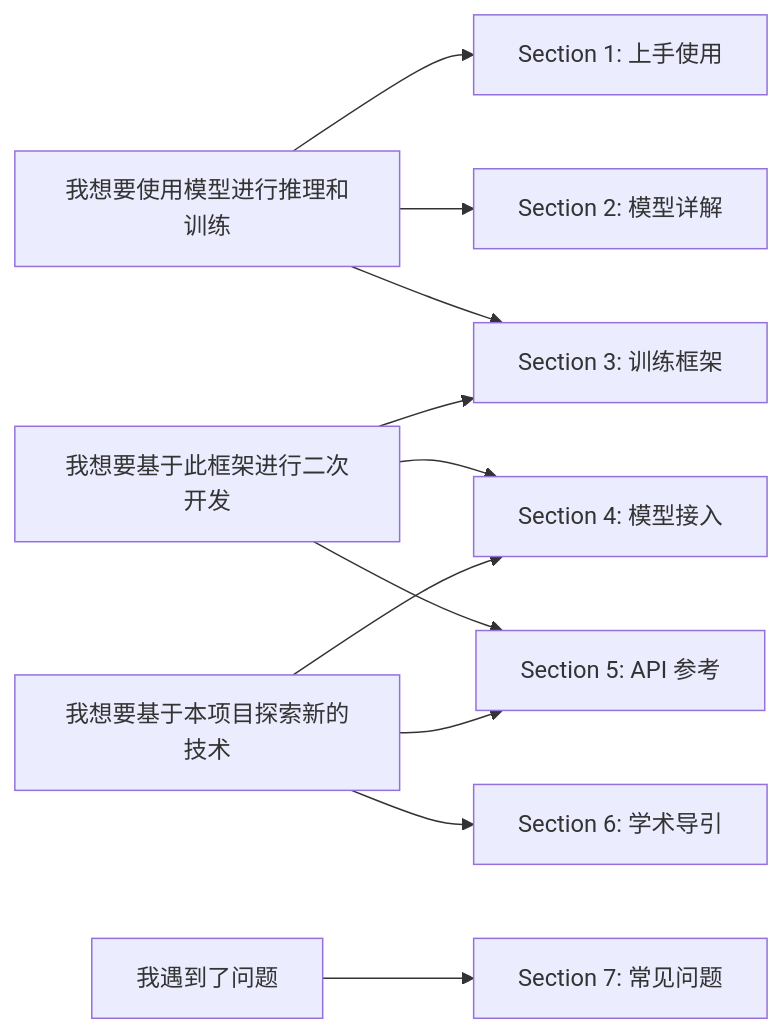
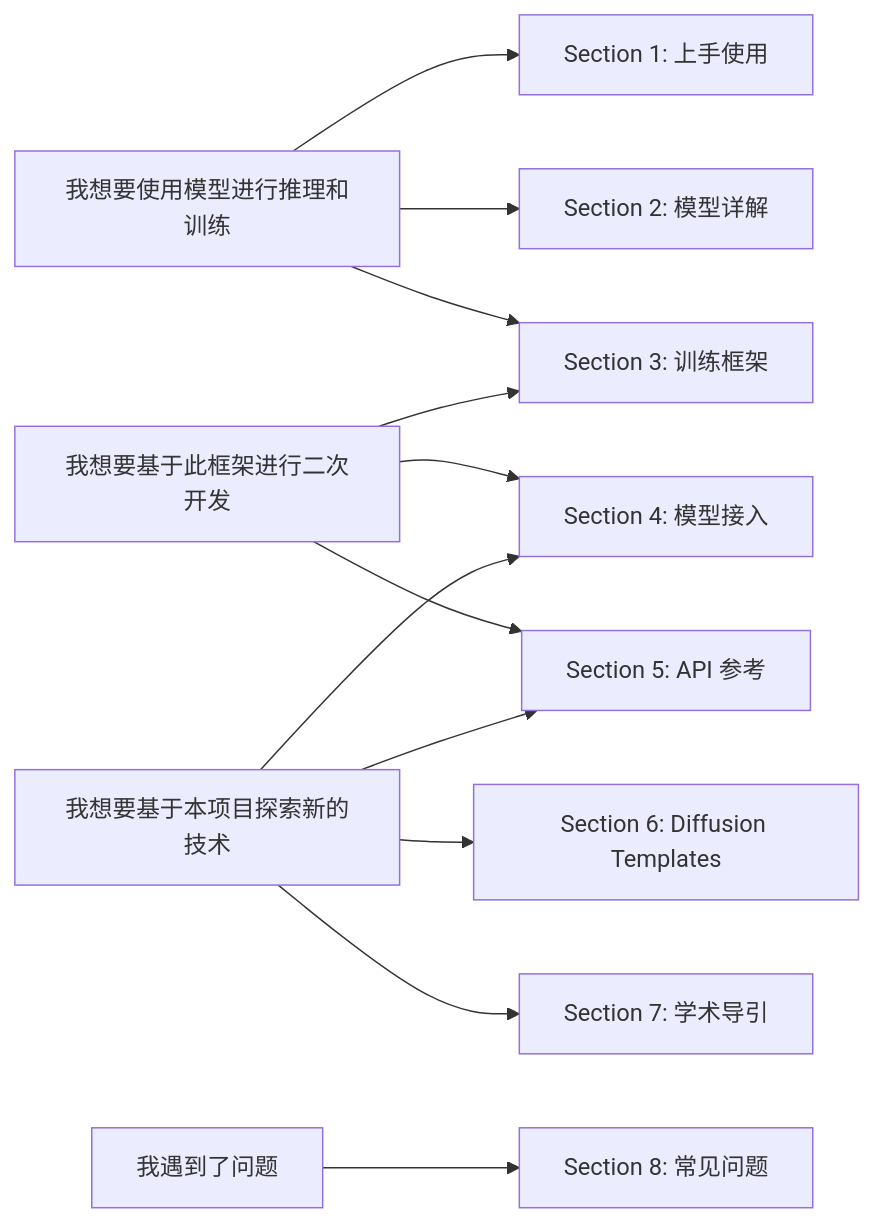
One commit to modelscope/DiffSynth-Studio changed the diagram in docs/zh/README.md. Above: the diagram before and after it, drawn with Mermaid. The commit also changed other lines of this file and 55 other files, not shown here.

````diff
--- a/docs/zh/README.md
+++ b/docs/zh/README.md
@@ -9,13 +9,14 @@
 ```mermaid
 graph LR;
     我想要使用模型进行推理和训练-->sec1[Section 1: 上手使用];
     我想要使用模型进行推理和训练-->sec2[Section 2: 模型详解];
     我想要使用模型进行推理和训练-->sec3[Section 3: 训练框架];
     我想要基于此框架进行二次开发-->sec3[Section 3: 训练框架];
     我想要基于此框架进行二次开发-->sec4[Section 4: 模型接入];
     我想要基于此框架进行二次开发-->sec5[Section 5: API 参考];
     我想要基于本项目探索新的技术-->sec4[Section 4: 模型接入];
     我想要基于本项目探索新的技术-->sec5[Section 5: API 参考];
-    我想要基于本项目探索新的技术-->sec6[Section 6: 学术导引];
-    我遇到了问题-->sec7[Section 7: 常见问题];
+    我想要基于本项目探索新的技术-->sec6[Section 6: Diffusion Templates]
+    我想要基于本项目探索新的技术-->sec7[Section 7: 学术导引];
+    我遇到了问题-->sec8[Section 8: 常见问题];
 ```
````
